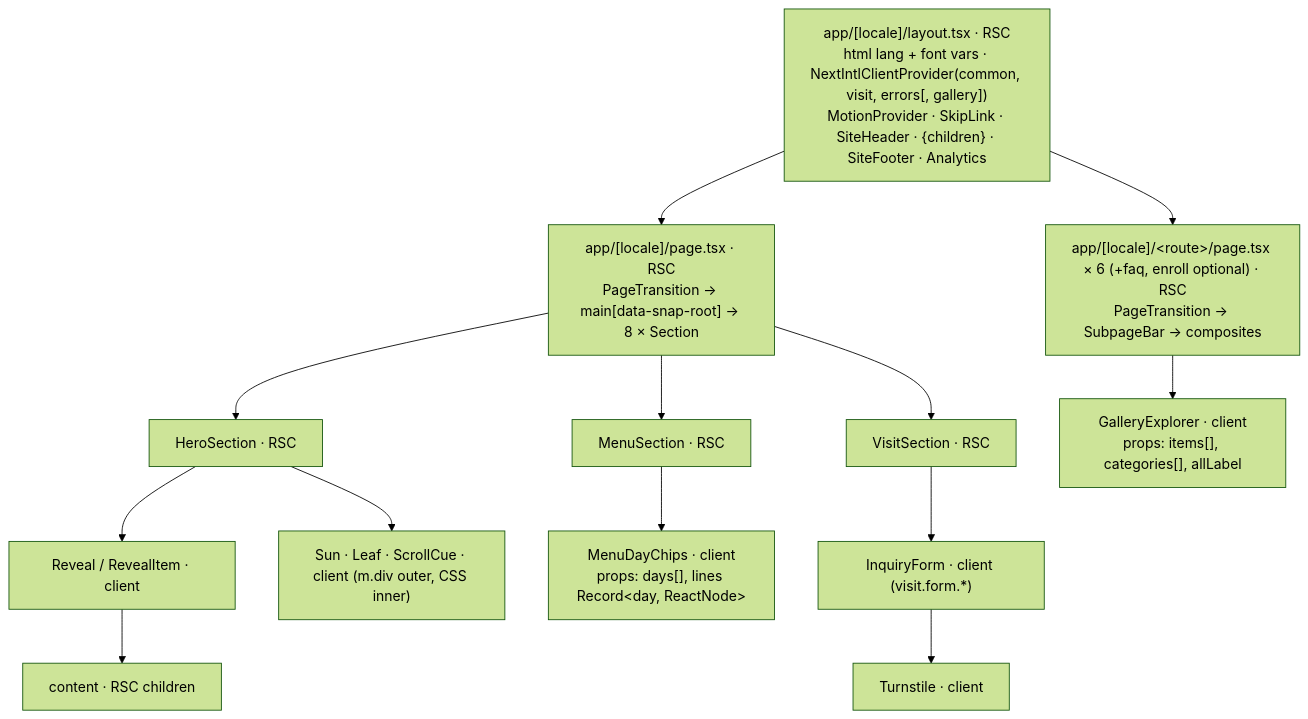
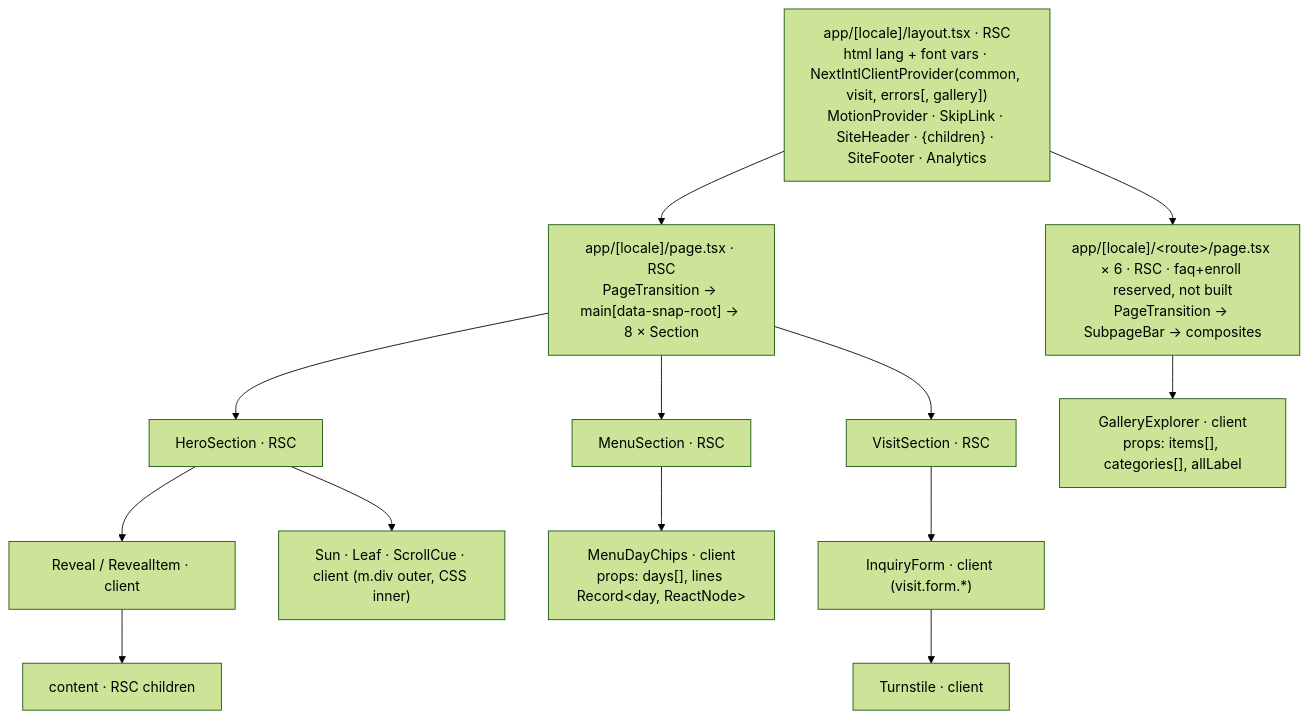
The diagram in docs/technical/04-components-sections.md (hanyiliu/green-pastures), drawn with Mermaid (forest theme) before and after one commit. The commit also changed other lines of this file and 10 other files, not shown here.

````diff
--- a/docs/technical/04-components-sections.md
+++ b/docs/technical/04-components-sections.md
@@ -127,11 +200,11 @@
 ```mermaid
 flowchart TD
   RL["app/[locale]/layout.tsx · RSC<br/>html lang + font vars · NextIntlClientProvider(common, visit, errors[, gallery])<br/>MotionProvider · SkipLink · SiteHeader · {children} · SiteFooter · Analytics"]
   RL --> HP["app/[locale]/page.tsx · RSC<br/>PageTransition → main[data-snap-root] → 8 × Section"]
-  RL --> SP["app/[locale]/&lt;route&gt;/page.tsx × 6 (+faq, enroll optional) · RSC<br/>PageTransition → SubpageBar → composites"]
+  RL --> SP["app/[locale]/&lt;route&gt;/page.tsx × 6 · RSC · faq+enroll reserved, not built<br/>PageTransition → SubpageBar → composites"]
   HP --> S1["HeroSection · RSC"] --> L1["Reveal / RevealItem · client"] --> C1["content · RSC children"]
   S1 --> D1["Sun · Leaf · ScrollCue · client (m.div outer, CSS inner)"]
   HP --> S4["MenuSection · RSC"] --> L4["MenuDayChips · client<br/>props: days[], lines Record&lt;day, ReactNode&gt;"]
   HP --> S8["VisitSection · RSC"] --> L8["InquiryForm · client (visit.form.*)"] --> T8["Turnstile · client"]
   SP --> G["GalleryExplorer · client<br/>props: items[], categories[], allLabel"]
 ```
````
